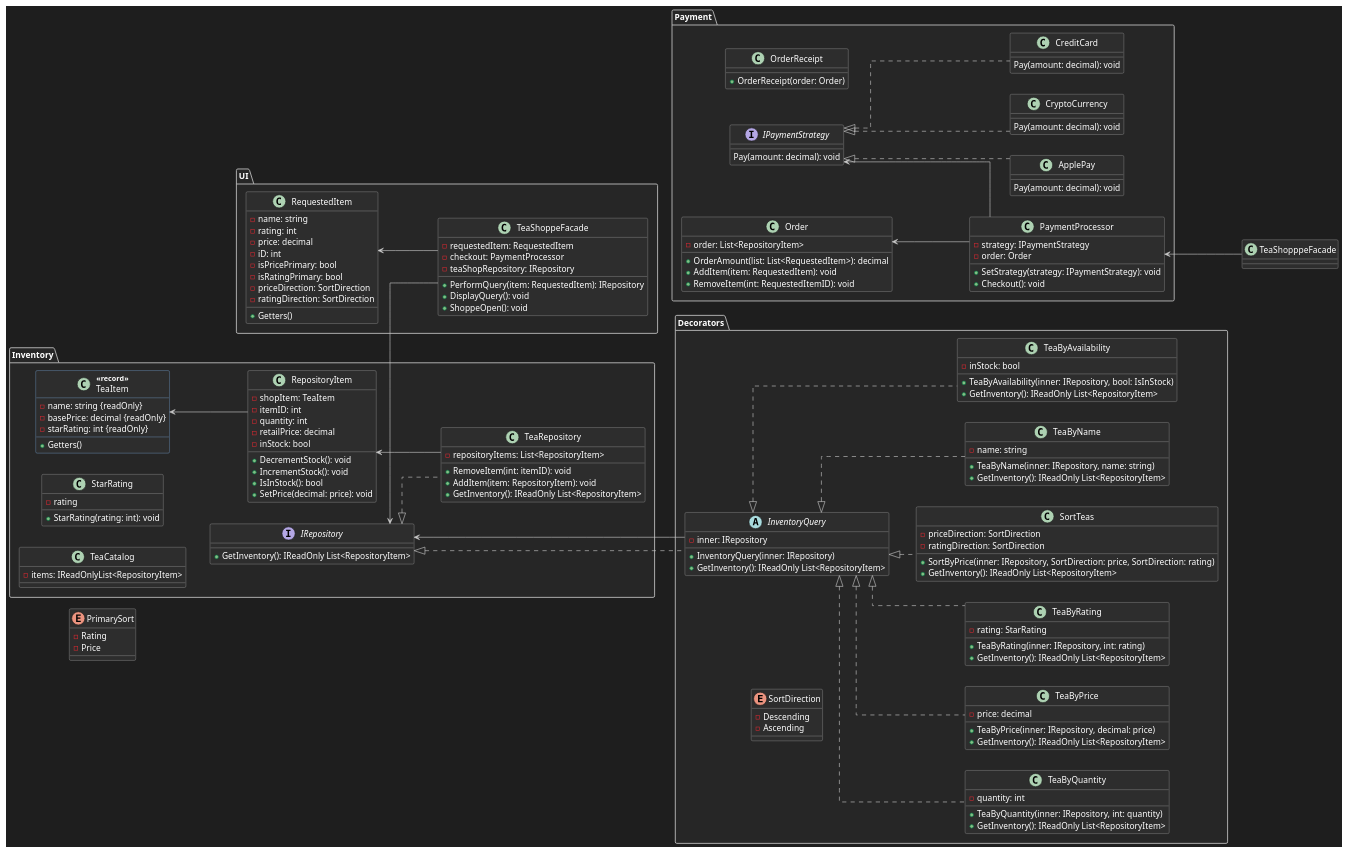
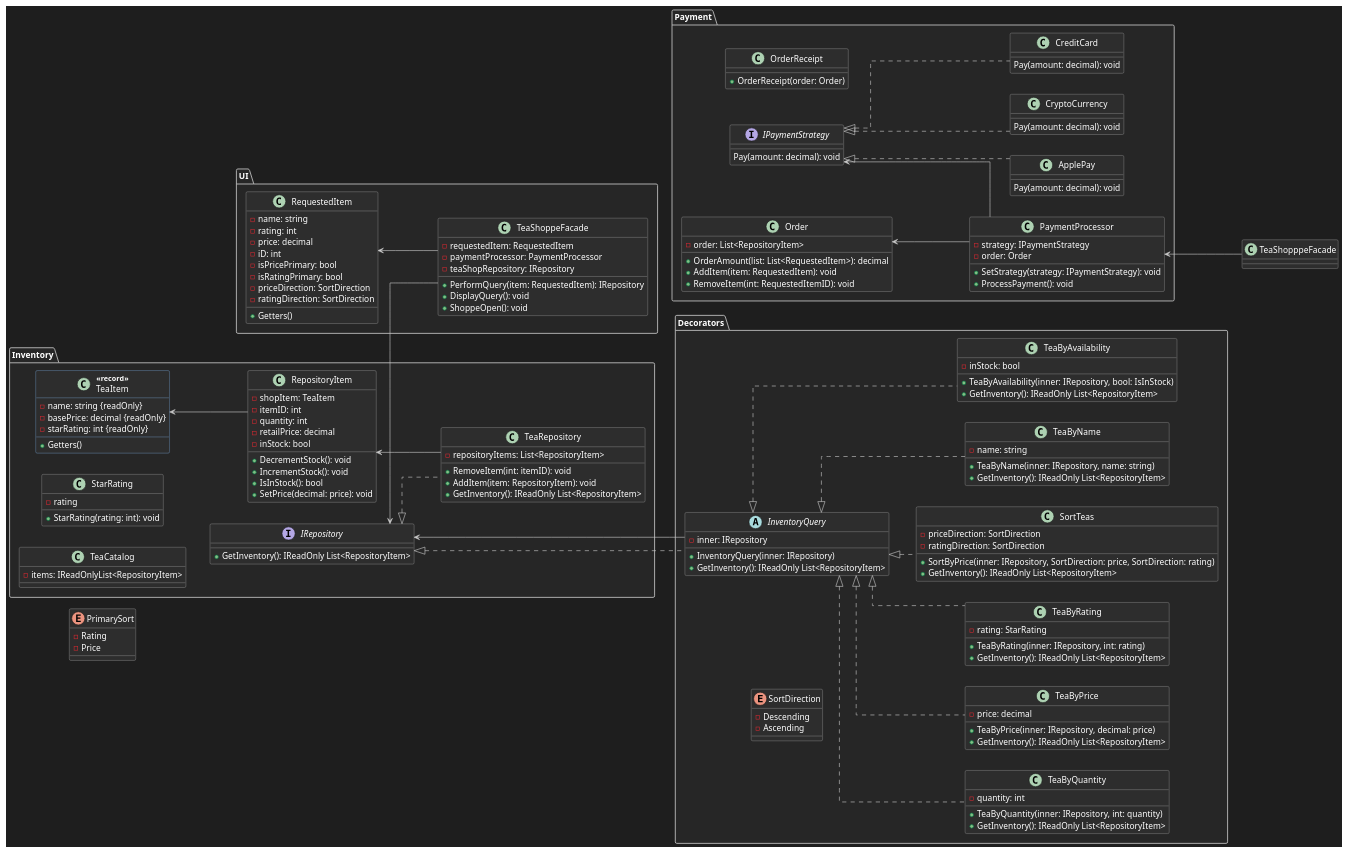
Before and after one commit to Oddwyer/SWE4743_OOD_Assignments: the diagram in tea-shoppe/TeaShoppe/docs/design.puml, drawn with PlantUML. The commit also changed 20 other files, not shown here.

```diff
--- a/tea-shoppe/TeaShoppe/docs/design.puml
+++ b/tea-shoppe/TeaShoppe/docs/design.puml
@@ -171,7 +171,7 @@
 - strategy: IPaymentStrategy
 - order: Order
 + SetStrategy(strategy: IPaymentStrategy): void
-+ Checkout(): void
++ ProcessPayment(): void
 }
 }
 'IV. Draft Classes - UI
@@ -179,7 +179,7 @@
 package UI{
 class TeaShoppeFacade{
 - requestedItem: RequestedItem
-- checkout: PaymentProcessor
+- paymentProcessor: PaymentProcessor
 - teaShopRepository: IRepository
 + PerformQuery(item: RequestedItem): IRepository
 + DisplayQuery(): void
```
